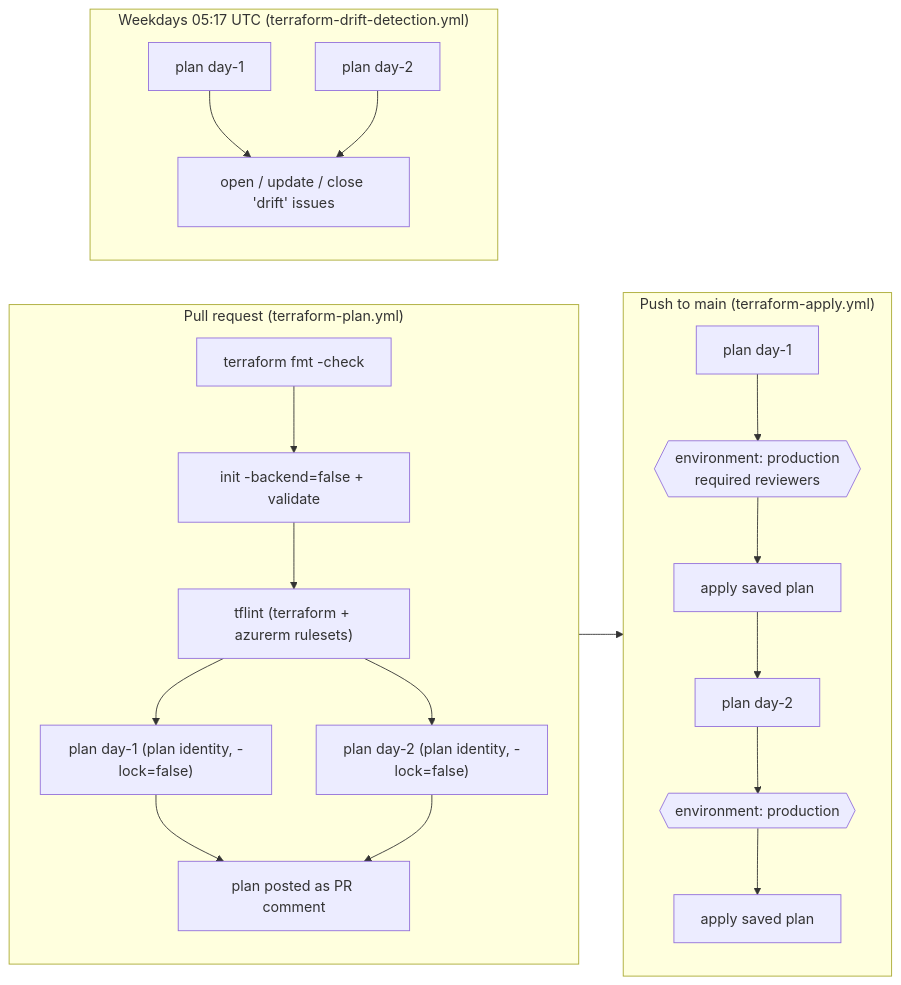
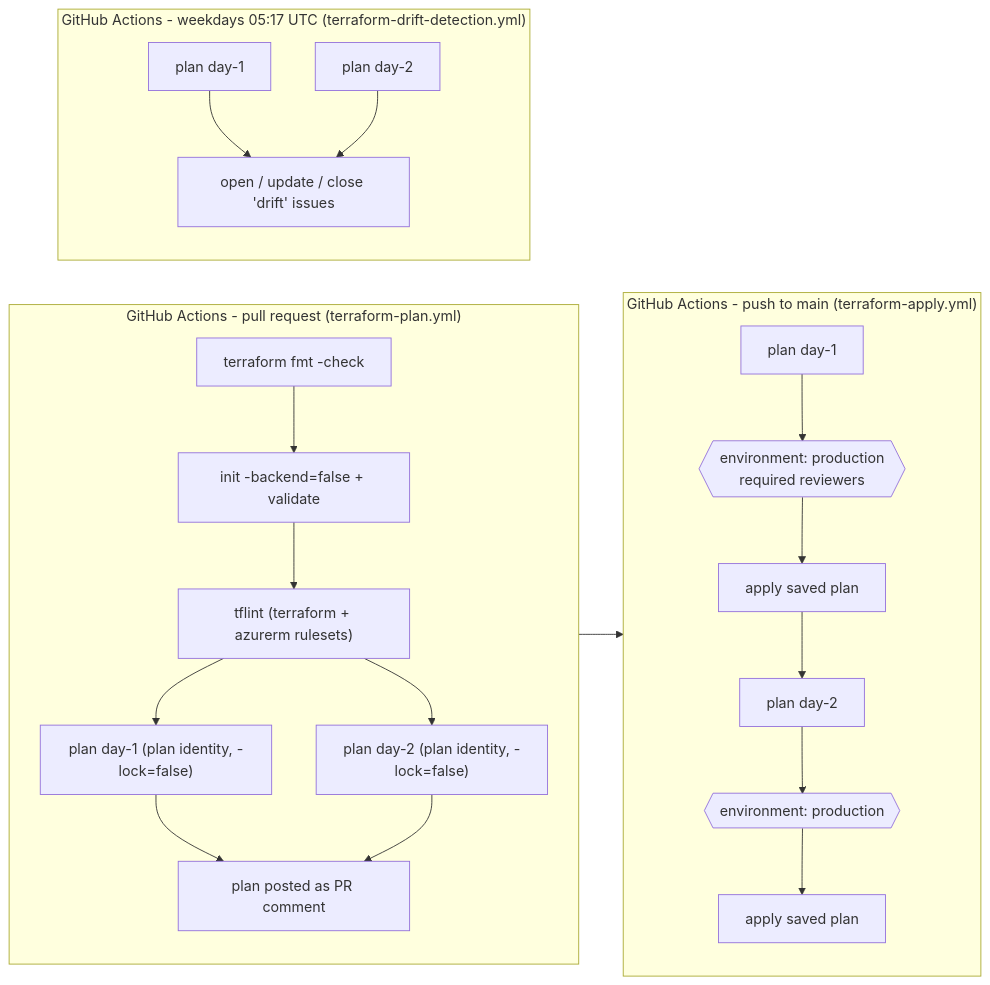
One commit to nubenetes/azure-landing-zones-2026-masterclass changed the second of 2 diagrams in docs/05-cicd-oidc-security.md. Above: the diagram before and after it, drawn with Mermaid. The commit also changed other lines of this file and 18 other files, not shown here.

First line of the commit message:
docs(diagrams): show every delivery platform and explain each diagram

````diff
--- a/docs/05-cicd-oidc-security.md
+++ b/docs/05-cicd-oidc-security.md
@@ -107,17 +113,17 @@
 ```mermaid
 flowchart LR
-    subgraph PR["Pull request (terraform-plan.yml)"]
+    subgraph PR["GitHub Actions - pull request (terraform-plan.yml)"]
         fmt["terraform fmt -check"] --> val["init -backend=false + validate"] --> lint["tflint (terraform + azurerm rulesets)"]
         lint --> p1["plan day-1 (plan identity, -lock=false)"]
         lint --> p2["plan day-2 (plan identity, -lock=false)"]
         p1 & p2 --> c["plan posted as PR comment"]
     end
-    subgraph MAIN["Push to main (terraform-apply.yml)"]
+    subgraph MAIN["GitHub Actions - push to main (terraform-apply.yml)"]
         mp1["plan day-1"] --> gate1{{"environment: production<br/>required reviewers"}} --> a1["apply saved plan"]
         a1 --> mp2["plan day-2"] --> gate2{{"environment: production"}} --> a2["apply saved plan"]
     end
-    subgraph SCHED["Weekdays 05:17 UTC (terraform-drift-detection.yml)"]
+    subgraph SCHED["GitHub Actions - weekdays 05:17 UTC (terraform-drift-detection.yml)"]
         d1["plan day-1"] & d2["plan day-2"] --> issue["open / update / close 'drift' issues"]
     end
     PR --> MAIN
 ```
````
